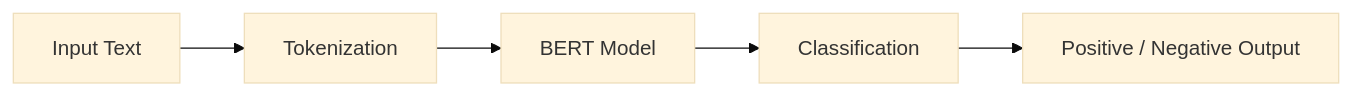
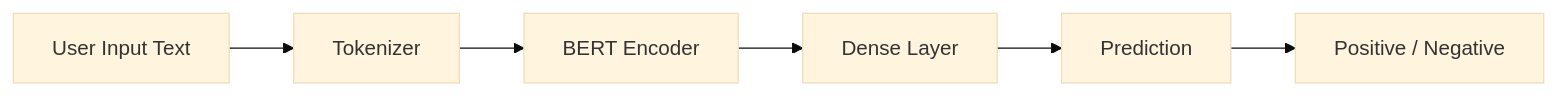
The first of 5 diagrams in README.md (mzxcoolgirl/BERT-Based-Sentiment-Analysis-using-NLP), drawn with Mermaid (base theme) before and after one commit. The commit also changed other lines of this file, not shown here.

````diff
--- a/README.md
+++ b/README.md
@@ -20,7 +21,8 @@
 ```mermaid
 graph LR
-A[Input Text] --> B[Tokenization]
-B --> C[BERT Model]
-C --> D[Classification]
-D --> E[Positive / Negative Output]
+A[User Input Text] --> B[Tokenizer]
+B --> C[BERT Encoder]
+C --> D[Dense Layer]
+D --> E[Prediction]
+E --> F[Positive / Negative]
 ```
````
